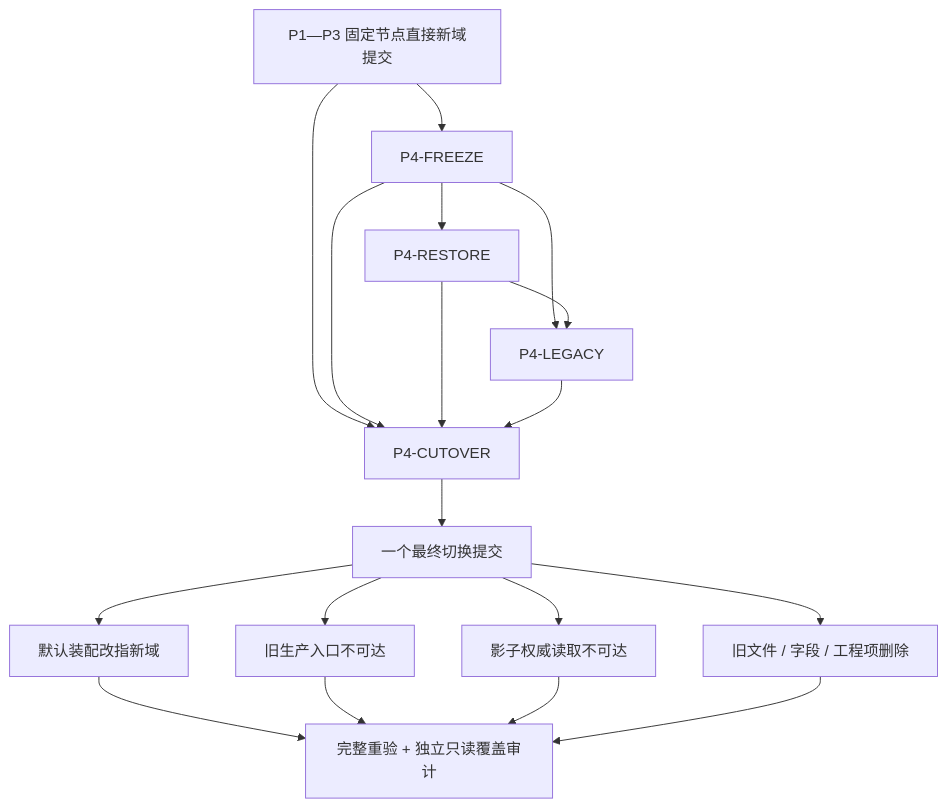
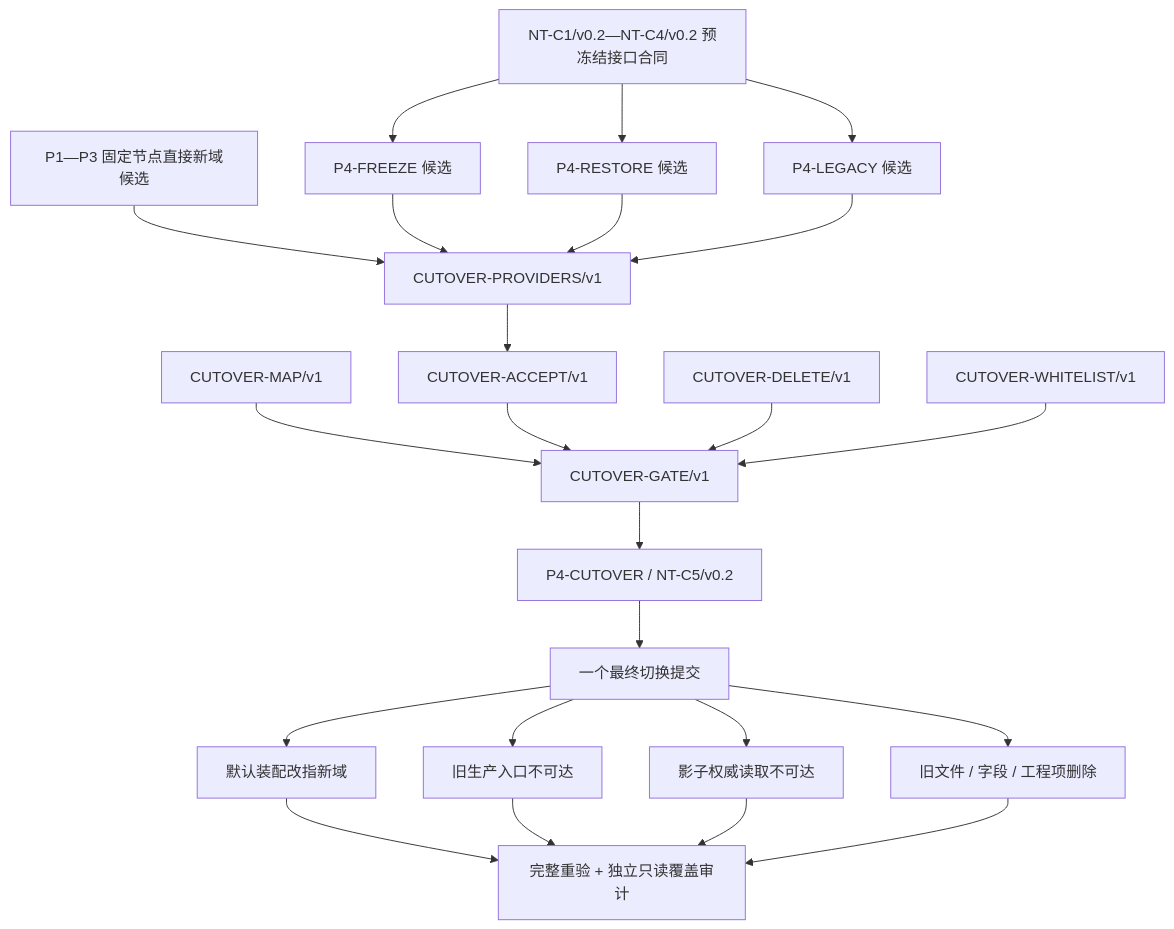
Before and after one commit to chunhaizh-cyber/HY-Ego: the third of 3 diagrams in 项目记忆/设计记录/20260722_NODE-TYPED-MIGRATION_NT-P4_函数结构知识图谱.md, drawn with Mermaid. The commit also changed other lines of this file and 72 other files, not shown here.

````diff
--- a/项目记忆/设计记录/20260722_NODE-TYPED-MIGRATION_NT-P4_函数结构知识图谱.md
+++ b/项目记忆/设计记录/20260722_NODE-TYPED-MIGRATION_NT-P4_函数结构知识图谱.md
@@ -240,20 +265,25 @@
 ```mermaid
 flowchart TD
-    P123["P1—P3 固定节点直接新域提交"] --> F["P4-FREEZE"]
-    F --> R["P4-RESTORE"]
-    F --> L["P4-LEGACY"]
-    R --> L
-    P123 --> C["P4-CUTOVER"]
-    F --> C
-    R --> C
-    L --> C
+    CONTRACT["NT-C1/v0.2—NT-C4/v0.2 预冻结接口合同"] --> F["P4-FREEZE 候选"]
+    CONTRACT --> R["P4-RESTORE 候选"]
+    CONTRACT --> L["P4-LEGACY 候选"]
+    P123["P1—P3 固定节点直接新域候选"] --> PROVIDERS["CUTOVER-PROVIDERS/v1"]
+    F --> PROVIDERS
+    R --> PROVIDERS
+    L --> PROVIDERS
+    PROVIDERS --> ACCEPT["CUTOVER-ACCEPT/v1"]
+    MAP["CUTOVER-MAP/v1"] --> GATE["CUTOVER-GATE/v1"]
+    ACCEPT --> GATE
+    DELETE["CUTOVER-DELETE/v1"] --> GATE
+    WHITE["CUTOVER-WHITELIST/v1"] --> GATE
+    GATE --> C["P4-CUTOVER / NT-C5/v0.2"]
     C --> ONE["一个最终切换提交"]
     ONE --> A["默认装配改指新域"]
     ONE --> B["旧生产入口不可达"]
     ONE --> S["影子权威读取不可达"]
     ONE --> D["旧文件 / 字段 / 工程项删除"]
     A --> AUDIT["完整重验 + 独立只读覆盖审计"]
     B --> AUDIT
     S --> AUDIT
     D --> AUDIT
 ```
````
